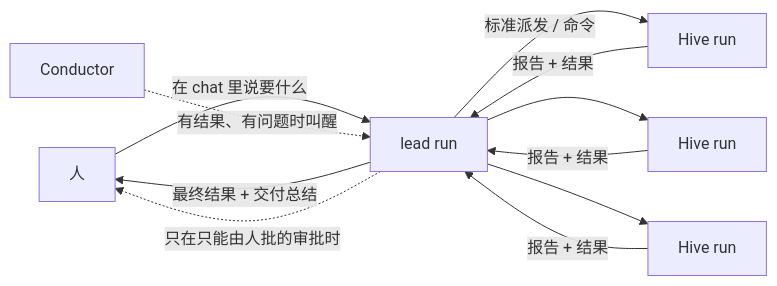
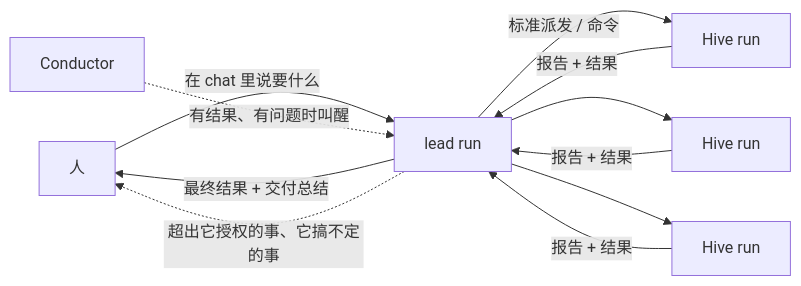
Before and after one commit to xg-gh-25/SwarmAI: the first of 2 diagrams in docs/design/2026-10-31-swarm-run.md, drawn with Mermaid. The commit also changed other lines of this file and 1 other file, not shown here.

````diff
--- a/docs/design/2026-10-31-swarm-run.md
+++ b/docs/design/2026-10-31-swarm-run.md
@@ -115,11 +118,11 @@
 ```mermaid
 flowchart LR
   P[人] -->|在 chat 里说要什么| L[lead run]
   L -->|最终结果 + 交付总结| P
   L -->|标准派发 / 命令| H1[Hive run]
   L --> H2[Hive run]
   L --> H3[Hive run]
   H1 & H2 & H3 -->|报告 + 结果| L
   W[Conductor] -.->|有结果、有问题时叫醒| L
-  L -.->|只在只能由人批的审批时| P
+  L -.->|超出它授权的事、它搞不定的事| P
 ```
````
